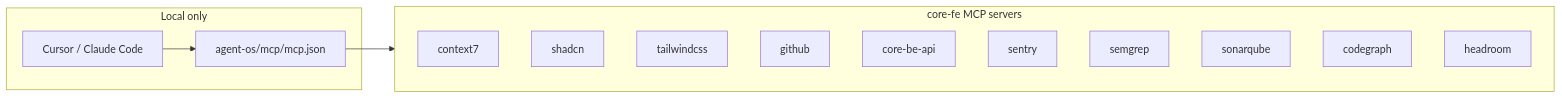
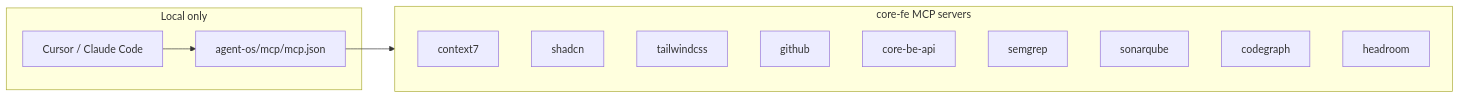
One commit to nikunjmavani/core-fe changed the diagram in agent-os/docs/cursor-mcp-setup.md. Above: the diagram before and after it, drawn with Mermaid. The commit also changed other lines of this file and 85 other files, not shown here.

````diff
--- a/agent-os/docs/cursor-mcp-setup.md
+++ b/agent-os/docs/cursor-mcp-setup.md
@@ -7,21 +7,20 @@
 ```mermaid
 flowchart LR
   subgraph local["Local only"]
     C[Cursor / Claude Code]
     M[agent-os/mcp/mcp.json]
   end
   subgraph mcps["core-fe MCP servers"]
     C7[context7]
     S[shadcn]
     T[tailwindcss]
     GH[github]
     BE[core-be-api]
-    SE[sentry]
     SG[semgrep]
     SQ[sonarqube]
     CG[codegraph]
     HR[headroom]
   end
   C --> M
   M --> mcps
 ```
````
